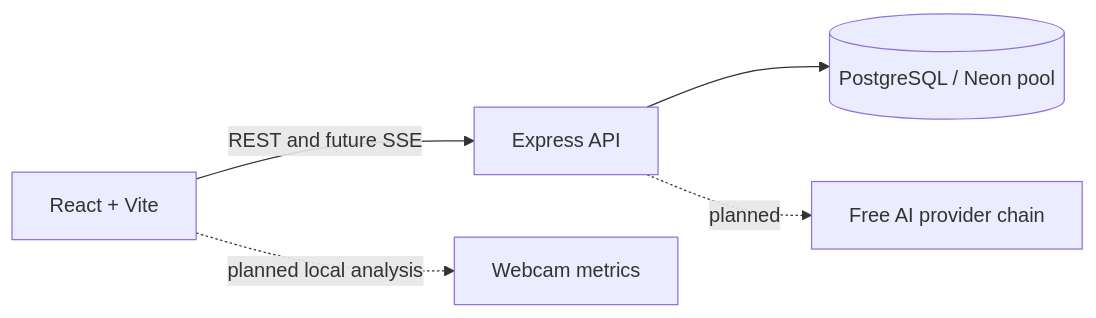
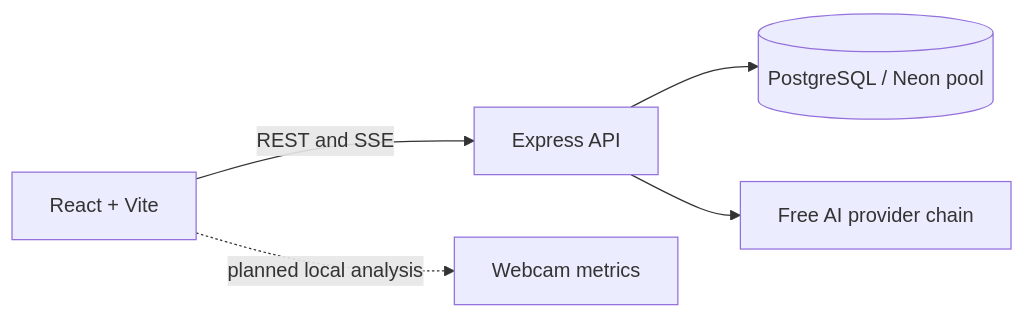
The first of 4 diagrams in docs/ARCHITECTURE.md (paraggupta007/SkillZen---Skill-and-Improvement), drawn with Mermaid before and after one commit. The commit also changed other lines of this file and 29 other files, not shown here.

````diff
--- a/docs/ARCHITECTURE.md
+++ b/docs/ARCHITECTURE.md
@@ -7,7 +7,7 @@
 ```mermaid
 flowchart LR
-  Browser[React + Vite] -->|REST and future SSE| API[Express API]
+  Browser[React + Vite] -->|REST and SSE| API[Express API]
   API --> DB[(PostgreSQL / Neon pool)]
-  API -. planned .-> AI[Free AI provider chain]
+  API --> AI[Free AI provider chain]
   Browser -. planned local analysis .-> Camera[Webcam metrics]
 ```
````
